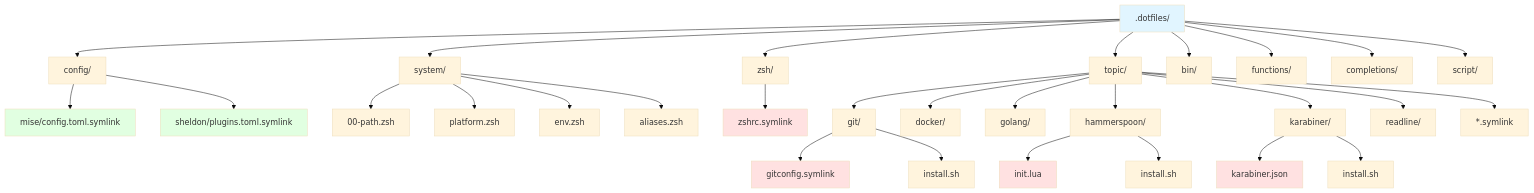
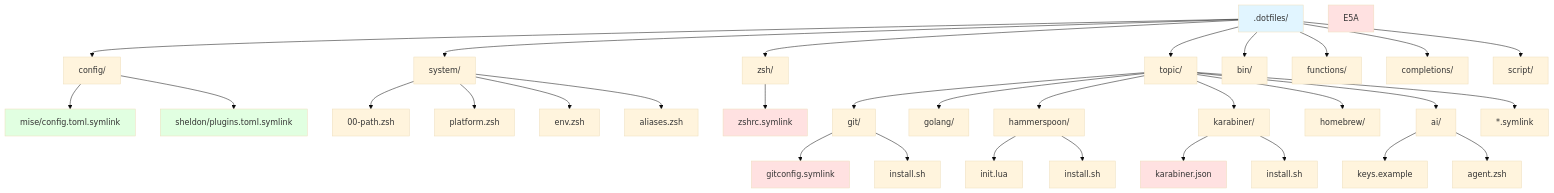
The second of 2 diagrams in README.md (gatspy/dotfiles), drawn with Mermaid (base theme) before and after one commit. The commit also changed other lines of this file and 33 other files, not shown here.

````diff
--- a/README.md
+++ b/README.md
@@ -772,46 +845,49 @@
 ```mermaid
 graph TB
     A[.dotfiles/] --> B[config/]
     A --> C[system/]
     A --> D[zsh/]
     A --> E[topic/]
     A --> F[bin/]
     A --> G[functions/]
     A --> H[completions/]
     A --> I[script/]
 
     B --> B1[mise/config.toml.symlink]
     B --> B2[sheldon/plugins.toml.symlink]
 
     C --> C1[00-path.zsh]
     C --> C2[platform.zsh]
     C --> C3[env.zsh]
     C --> C4[aliases.zsh]
 
     D --> D1[zshrc.symlink]
 
     E --> E1[git/]
-    E --> E2[docker/]
-    E --> E3[golang/]
-    E --> E4[hammerspoon/]
-    E --> E5[karabiner/]
-    E --> E6[readline/]
+    E --> E2[golang/]
+    E --> E3[hammerspoon/]
+    E --> E4[karabiner/]
+    E --> E5[homebrew/]
+    E --> E6[ai/]
     E --> E7[*.symlink]
 
     E1 --> E1A[gitconfig.symlink]
     E1 --> E1B[install.sh]
 
-    E4 --> E4A[init.lua]
+    E3 --> E3A[init.lua]
+    E3 --> E3B[install.sh]
+
+    E4 --> E4A[karabiner.json]
     E4 --> E4B[install.sh]
 
-    E5 --> E5A[karabiner.json]
-    E5 --> E5B[install.sh]
+    E6 --> E6A[keys.example]
+    E6 --> E6B[agent.zsh]
 
     style A fill:#e1f5ff
     style D1 fill:#ffe1e1
     style B1 fill:#e1ffe1
     style B2 fill:#e1ffe1
     style E1A fill:#ffe1e1
     style E4A fill:#ffe1e1
     style E5A fill:#ffe1e1
 ```
````
